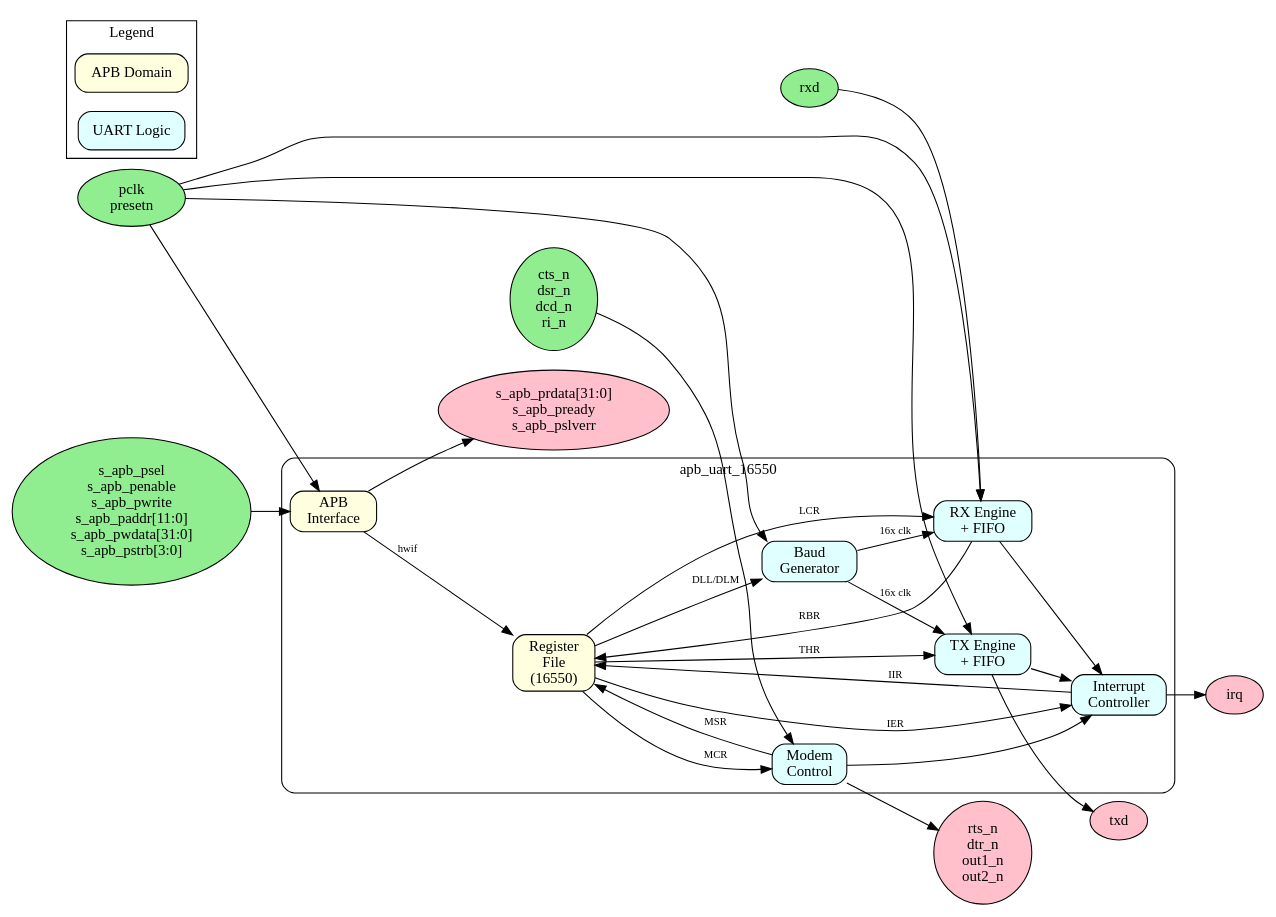
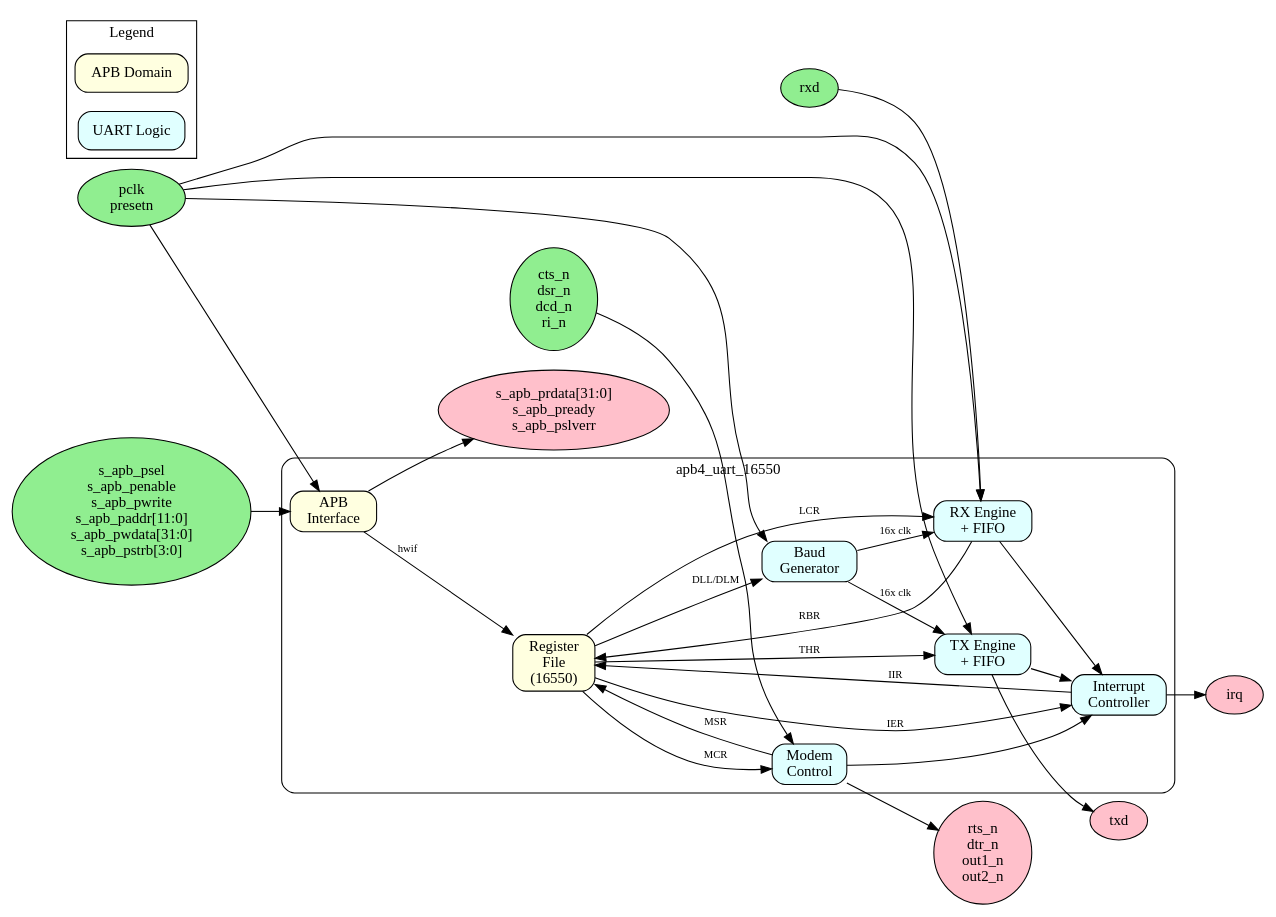
The diagram in projects/components/retro_legacy_blocks/docs/uart_16550_mas/assets/graphviz/uart_top.gv (sean-galloway/RTLDesignSherpa), drawn with Graphviz before and after one commit. The commit also changed 751 other files, not shown here.

```diff
--- a/projects/components/retro_legacy_blocks/docs/uart_16550_mas/assets/graphviz/uart_top.gv
+++ b/projects/components/retro_legacy_blocks/docs/uart_16550_mas/assets/graphviz/uart_top.gv
@@ -1,85 +1,85 @@
 // UART 16550 Top-Level Block Diagram
-// Module: apb_uart_16550
+// Module: apb4_uart_16550
 // Purpose: 16550-compatible UART with APB interface
 
 digraph uart_top {
     rankdir=LR;
     node [shape=box, style="rounded,filled", fillcolor=lightblue];
     edge [fontsize=10];
 
     // Clock and Reset
     clk_rst [label="pclk\npresetn", shape=ellipse, fillcolor=lightgreen];
 
     // APB Interface signals
     apb_in [label="s_apb_psel\ns_apb_penable\ns_apb_pwrite\ns_apb_paddr[11:0]\ns_apb_pwdata[31:0]\ns_apb_pstrb[3:0]", shape=ellipse, fillcolor=lightgreen];
     apb_out [label="s_apb_prdata[31:0]\ns_apb_pready\ns_apb_pslverr", shape=ellipse, fillcolor=pink];
 
     // Serial signals
     rxd [label="rxd", shape=ellipse, fillcolor=lightgreen];
     txd [label="txd", shape=ellipse, fillcolor=pink];
 
     // Modem signals
     modem_in [label="cts_n\ndsr_n\ndcd_n\nri_n", shape=ellipse, fillcolor=lightgreen];
     modem_out [label="rts_n\ndtr_n\nout1_n\nout2_n", shape=ellipse, fillcolor=pink];
 
     // Interrupt
     irq_out [label="irq", shape=ellipse, fillcolor=pink];
 
     // Main blocks
     subgraph cluster_uart {
-        label="apb_uart_16550";
+        label="apb4_uart_16550";
         style=rounded;
         fillcolor=white;
 
         apb_if [label="APB\nInterface", fillcolor=lightyellow];
         reg_file [label="Register\nFile\n(16550)", fillcolor=lightyellow];
         baud_gen [label="Baud\nGenerator", fillcolor=lightcyan];
         tx_engine [label="TX Engine\n+ FIFO", fillcolor=lightcyan];
         rx_engine [label="RX Engine\n+ FIFO", fillcolor=lightcyan];
         int_ctrl [label="Interrupt\nController", fillcolor=lightcyan];
         modem_ctrl [label="Modem\nControl", fillcolor=lightcyan];
     }
 
     // Connections
     clk_rst -> apb_if;
     clk_rst -> baud_gen;
     clk_rst -> tx_engine;
     clk_rst -> rx_engine;
 
     apb_in -> apb_if;
     apb_if -> apb_out;
     apb_if -> reg_file [label="hwif"];
 
     reg_file -> baud_gen [label="DLL/DLM"];
     reg_file -> tx_engine [label="THR"];
     reg_file -> rx_engine [label="LCR"];
     rx_engine -> reg_file [label="RBR"];
 
     baud_gen -> tx_engine [label="16x clk"];
     baud_gen -> rx_engine [label="16x clk"];
 
     rxd -> rx_engine;
     tx_engine -> txd;
 
     modem_in -> modem_ctrl;
     modem_ctrl -> modem_out;
     modem_ctrl -> reg_file [label="MSR"];
     reg_file -> modem_ctrl [label="MCR"];
 
     rx_engine -> int_ctrl;
     tx_engine -> int_ctrl;
     modem_ctrl -> int_ctrl;
     reg_file -> int_ctrl [label="IER"];
     int_ctrl -> reg_file [label="IIR"];
     int_ctrl -> irq_out;
 
     // Legend
     subgraph cluster_legend {
         label="Legend";
         style=filled;
         fillcolor=white;
 
         leg_apb [label="APB Domain", shape=box, fillcolor=lightyellow];
         leg_uart [label="UART Logic", shape=box, fillcolor=lightcyan];
     }
 }
```
